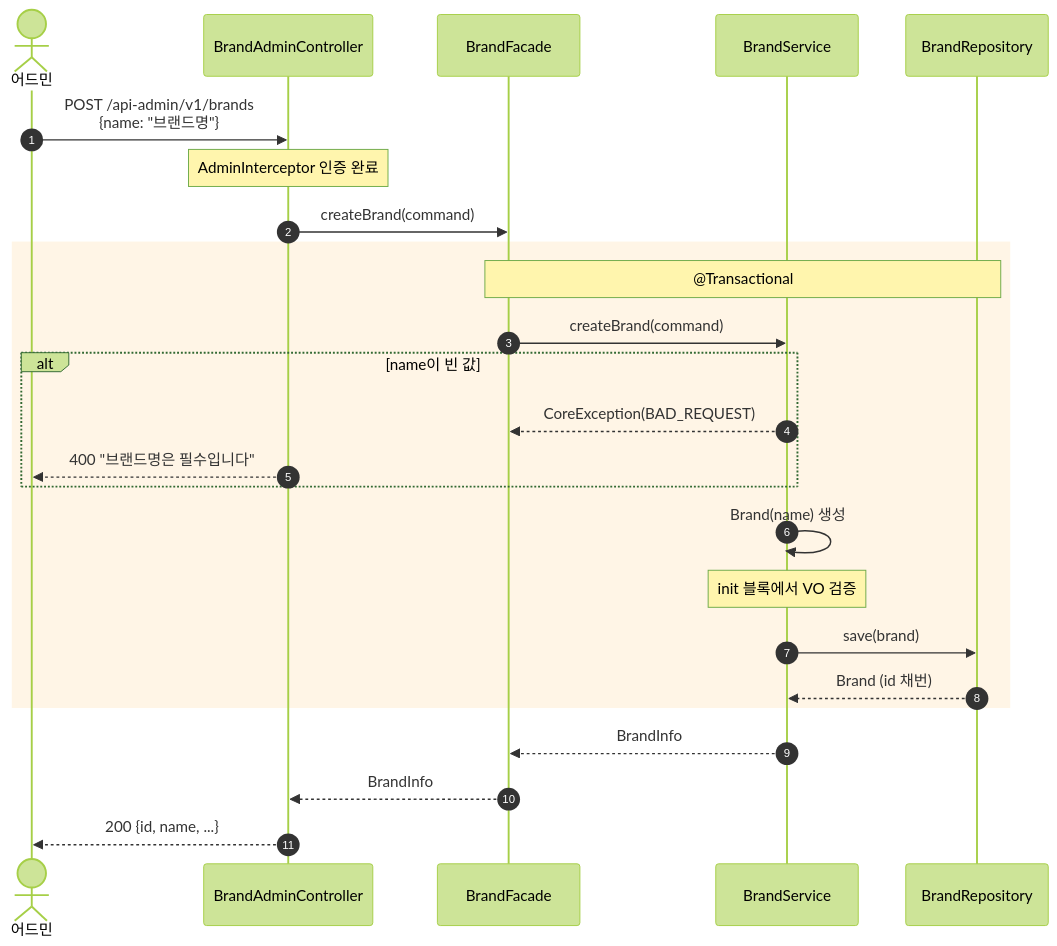
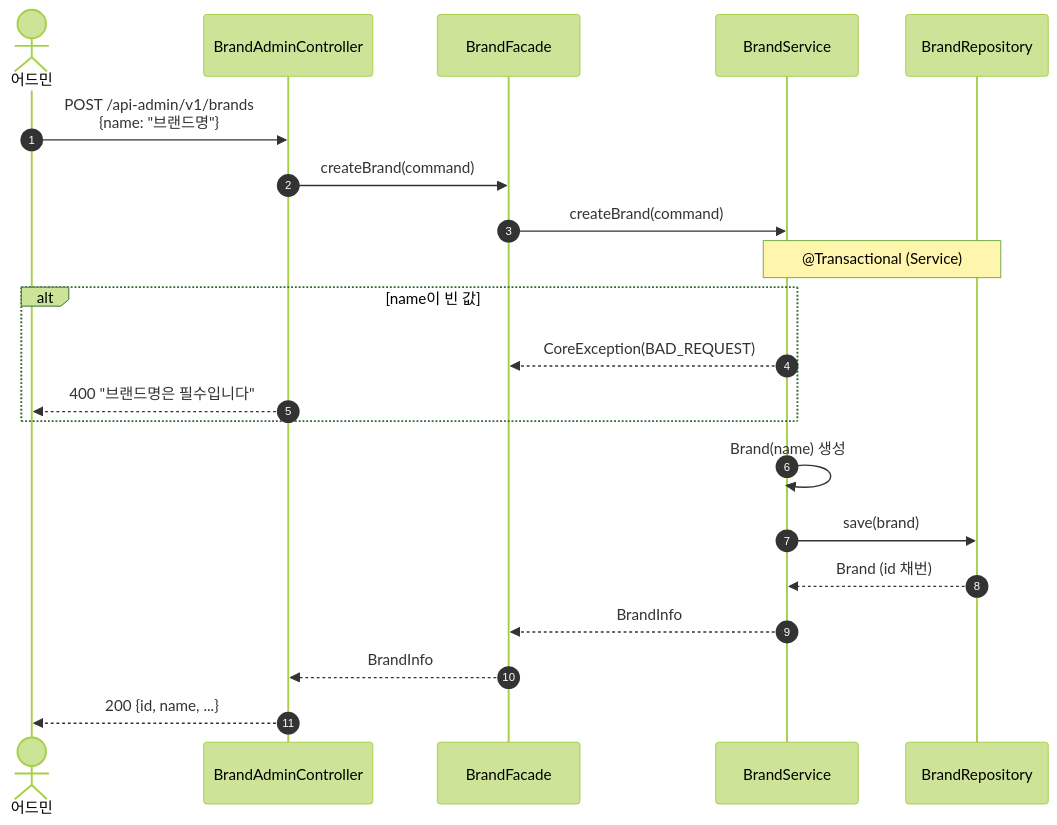
The sixth of 21 diagrams in docs/design/02-sequence-diagrams.md (Loopers-dev-lab/loop-pack-be-l2-vol3-kotlin), drawn with Mermaid (forest theme) before and after one commit. The commit also changed other lines of this file and 5 other files, not shown here.

````diff
--- a/docs/design/02-sequence-diagrams.md
+++ b/docs/design/02-sequence-diagrams.md
@@ -173,31 +187,27 @@
 ```mermaid
 sequenceDiagram
     autonumber
     actor Admin as 어드민
     participant C as BrandAdminController
     participant F as BrandFacade
     participant BS as BrandService
     participant BR as BrandRepository
     Admin ->> C: POST /api-admin/v1/brands<br/>{name: "브랜드명"}
-    Note over C: AdminInterceptor 인증 완료
     C ->> F: createBrand(command)
+    F ->> BS: createBrand(command)
 
-    rect rgb(255, 245, 230)
-        Note over F, BR: @Transactional
-        F ->> BS: createBrand(command)
+    Note over BS, BR: @Transactional (Service)
 
-        alt name이 빈 값
-            BS -->> F: CoreException(BAD_REQUEST)
-            C -->> Admin: 400 "브랜드명은 필수입니다"
-        end
+    alt name이 빈 값
+        BS -->> F: CoreException(BAD_REQUEST)
+        C -->> Admin: 400 "브랜드명은 필수입니다"
+    end
 
-        BS ->> BS: Brand(name) 생성
-        Note over BS: init 블록에서 VO 검증
-        BS ->> BR: save(brand)
-        BR -->> BS: Brand (id 채번)
-    end
+    BS ->> BS: Brand(name) 생성
+    BS ->> BR: save(brand)
+    BR -->> BS: Brand (id 채번)
 
     BS -->> F: BrandInfo
     F -->> C: BrandInfo
     C -->> Admin: 200 {id, name, ...}
 ```
````
